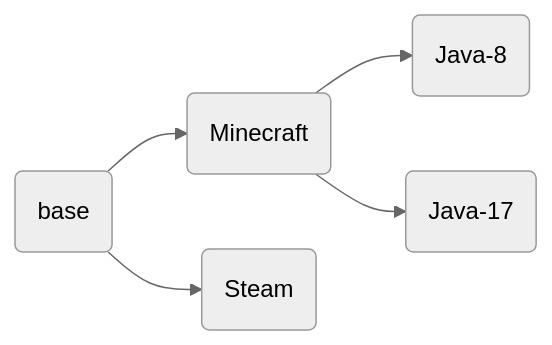
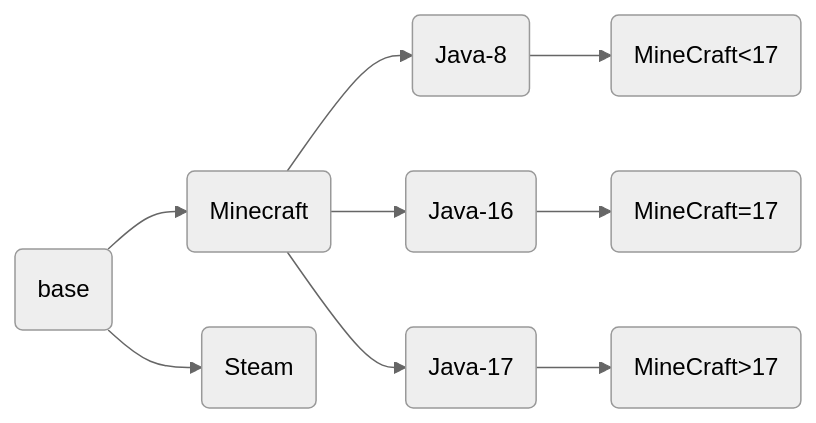
The diagram in README.md (ben0i0d/gameserver-image-stacks), drawn with Mermaid (neutral theme) before and after one commit. The commit also changed other lines of this file, not shown here.

Commit message:
更新 README.md

````diff
--- a/README.md
+++ b/README.md
@@ -8,7 +7,8 @@
 ```mermaid
 	graph LR
 	A(base)-->B(Minecraft)
-	B-->C(Java-8)
-    B-->D(Java-17)
-    A-->E(Steam)
+	B-->C(Java-8)-->G(MineCraft<17)
+	B-->D(Java-16)-->H(MineCraft=17)
+    B-->E(Java-17)-->I(MineCraft>17)
+    A-->F(Steam)
 ```
````
